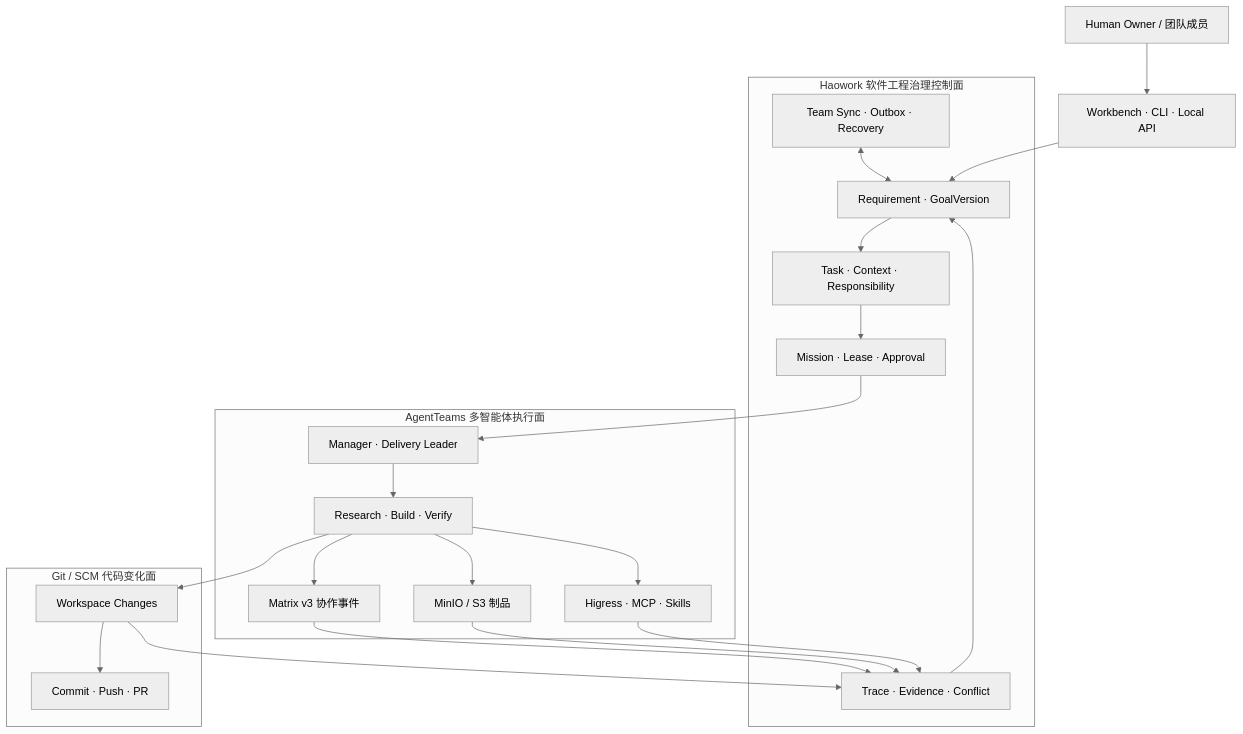
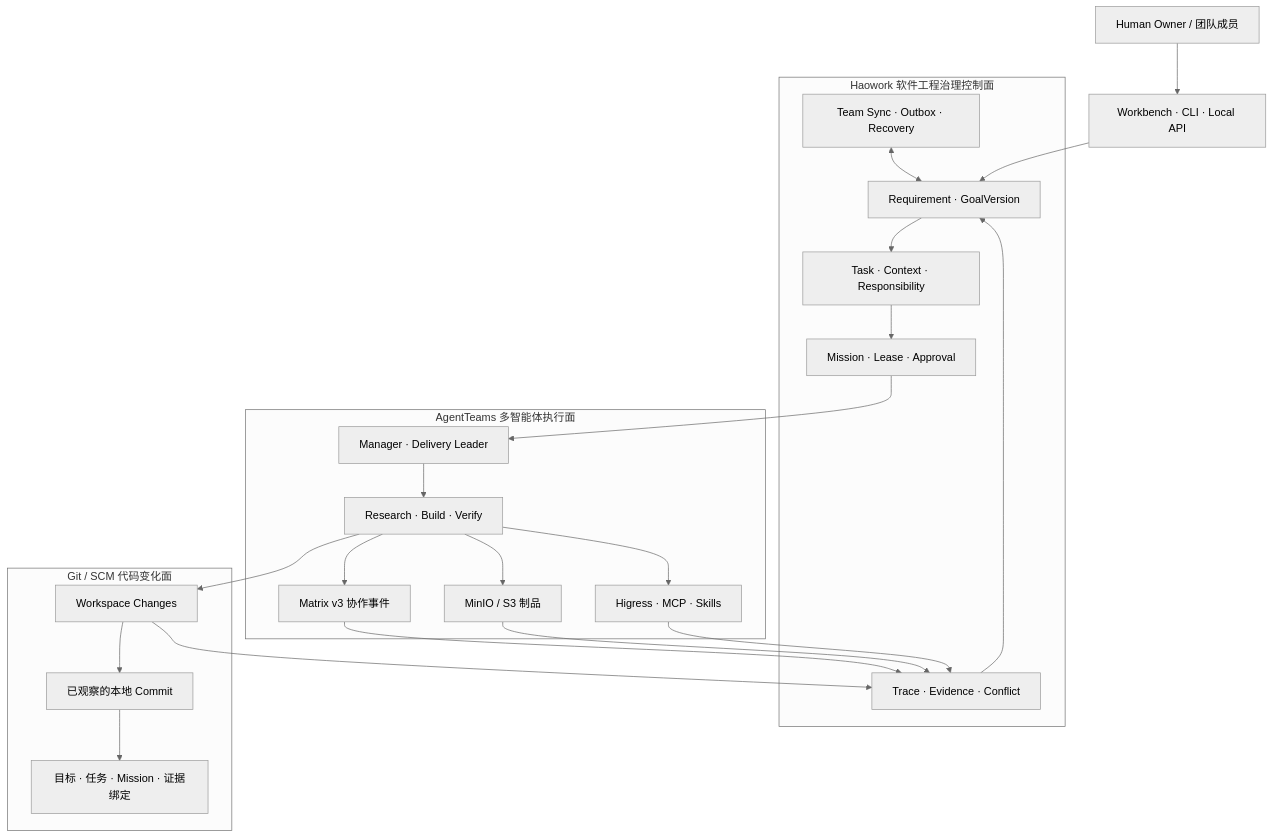
One commit to haochase/haowork changed the first of 2 diagrams in README_cn.md. Above: the diagram before and after it, drawn with Mermaid (neutral theme). The commit also changed other lines of this file and 31 other files, not shown here.

````diff
--- a/README_cn.md
+++ b/README_cn.md
@@ -127,39 +127,40 @@
 ```mermaid
 flowchart TB
     HUMAN["Human Owner / 团队成员"] --> UI["Workbench · CLI · Local API"]
 
     subgraph GOV["Haowork 软件工程治理控制面"]
         GOAL["Requirement · GoalVersion"]
         WORK["Task · Context · Responsibility"]
         AUTH["Mission · Lease · Approval"]
         PROOF["Trace · Evidence · Conflict"]
         SYNC["Team Sync · Outbox · Recovery"]
         GOAL --> WORK --> AUTH
         PROOF --> GOAL
         SYNC <--> GOAL
     end
 
     subgraph EXEC["AgentTeams 多智能体执行面"]
         TOPO["Manager · Delivery Leader"]
         AGENTS["Research · Build · Verify"]
         MATRIX["Matrix v3 协作事件"]
         OBJECT["MinIO / S3 制品"]
         TOOLS["Higress · MCP · Skills"]
         TOPO --> AGENTS
         AGENTS --> MATRIX
         AGENTS --> OBJECT
         AGENTS --> TOOLS
     end
 
     subgraph SCM["Git / SCM 代码变化面"]
-        FILES["Workspace Changes"] --> COMMITS["Commit · Push · PR"]
+        FILES["Workspace Changes"] --> COMMITS["已观察的本地 Commit"]
+        COMMITS --> BINDING["目标 · 任务 · Mission · 证据绑定"]
     end
 
     UI --> GOAL
     AUTH --> TOPO
     MATRIX --> PROOF
     OBJECT --> PROOF
     TOOLS --> PROOF
     AGENTS --> FILES
     FILES --> PROOF
 ```
````
